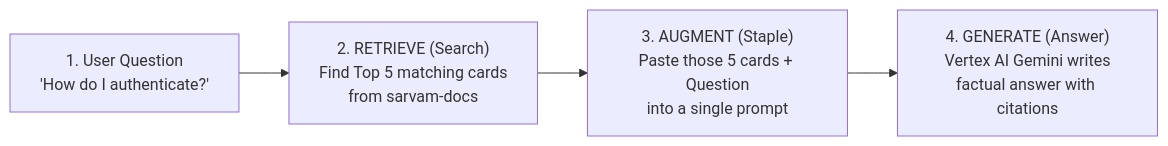
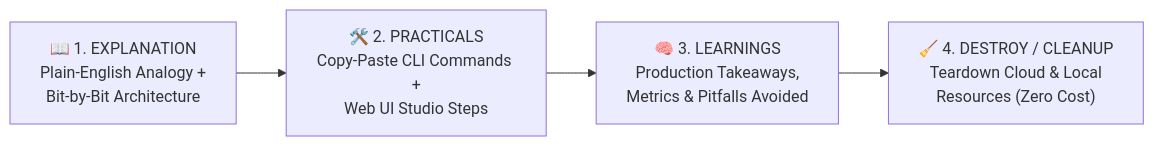
One commit to ajithvnr2001/sarvam-docs changed the diagram in rag-embeddinggemma2-course/BEGINNER_TO_PRODUCTION_STEP_BY_STEP.md. Above: the diagram before and after it, drawn with Mermaid. The commit also changed other lines of this file, not shown here.

Commit message:
feat: Sync BEGINNER_TO_PRODUCTION_STEP_BY_STEP.md (structural course + destroy lifecycle)

````diff
--- a/rag-embeddinggemma2-course/BEGINNER_TO_PRODUCTION_STEP_BY_STEP.md
+++ b/rag-embeddinggemma2-course/BEGINNER_TO_PRODUCTION_STEP_BY_STEP.md
@@ -32,6 +14,6 @@
 ```mermaid
 flowchart LR
-    Q["1. User Question<br/>'How do I authenticate?'"] --> S["2. RETRIEVE (Search)<br/>Find Top 5 matching cards<br/>from sarvam-docs"]
-    S --> A["3. AUGMENT (Staple)<br/>Paste those 5 cards + Question<br/>into a single prompt"]
-    A --> G["4. GENERATE (Answer)<br/>Vertex AI Gemini writes<br/>factual answer with citations"]
+    P1["📖 1. EXPLANATION<br/>Plain-English Analogy +<br/>Bit-by-Bit Architecture"] --> P2["🛠️ 2. PRACTICALS<br/>Copy-Paste CLI Commands +<br/>Web UI Studio Steps"]
+    P2 --> P3["🧠 3. LEARNINGS<br/>Production Takeaways,<br/>Metrics & Pitfalls Avoided"]
+    P3 --> P4["🧹 4. DESTROY / CLEANUP<br/>Teardown Cloud & Local<br/>Resources (Zero Cost)"]
 ```
````
